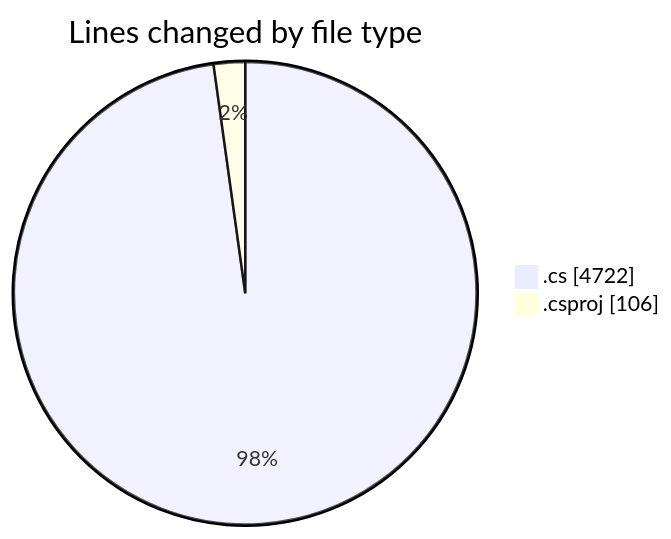
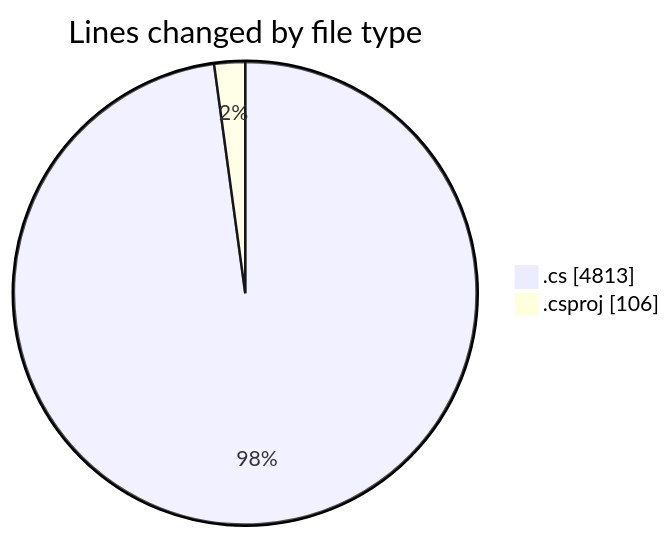
Before and after one commit to Netris89/code-tracking: the first of 2 diagrams in 2025-04-02/back-end/README.md, drawn with Mermaid. The commit also changed other lines of this file and 1 other file, not shown here.

````diff
--- a/2025-04-02/back-end/README.md
+++ b/2025-04-02/back-end/README.md
@@ -33,6 +34,6 @@
 ```mermaid
 pie showData
 title Lines changed by file type
-".cs" : 4722
+".cs" : 4813
 ".csproj" : 106
 ```
````
